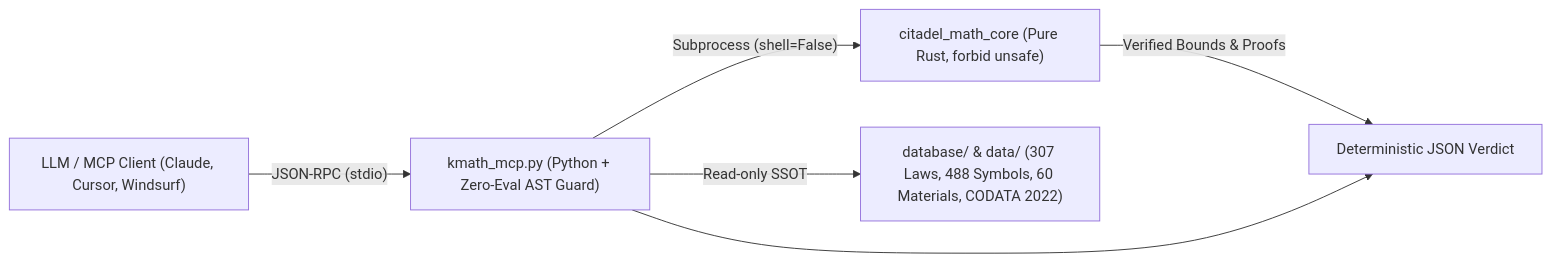
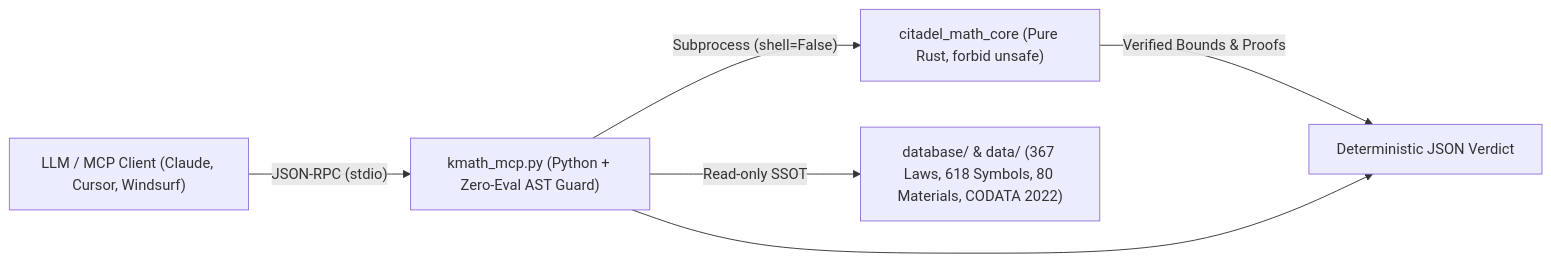
One commit to imza464-cmyk/citadel-math changed the first of 2 diagrams in README.md. Above: the diagram before and after it, drawn with Mermaid. The commit also changed other lines of this file and 14 other files, not shown here.

Commit message:
feat(ssot+epistemic): expand to 367 laws (100% 3-source, 7/7 SI axes), 80 materials (17 categories), 25 closures & 1031-partial Dual64 Jacobian shield

````diff
--- a/README.md
+++ b/README.md
@@ -22,8 +22,8 @@
 ```mermaid
 flowchart LR
     LLM["LLM / MCP Client (Claude, Cursor, Windsurf)"] -->|"JSON-RPC (stdio)"| MCP["kmath_mcp.py (Python + Zero-Eval AST Guard)"]
     MCP -->|"Subprocess (shell=False)"| RUST["citadel_math_core (Pure Rust, forbid unsafe)"]
-    MCP -->|"Read-only SSOT"| DB["database/ & data/ (307 Laws, 488 Symbols, 60 Materials, CODATA 2022)"]
+    MCP -->|"Read-only SSOT"| DB["database/ & data/ (367 Laws, 618 Symbols, 80 Materials, CODATA 2022)"]
     RUST -->|"Verified Bounds & Proofs"| VERDICT["Deterministic JSON Verdict"]
     MCP --> VERDICT
 ```
````
